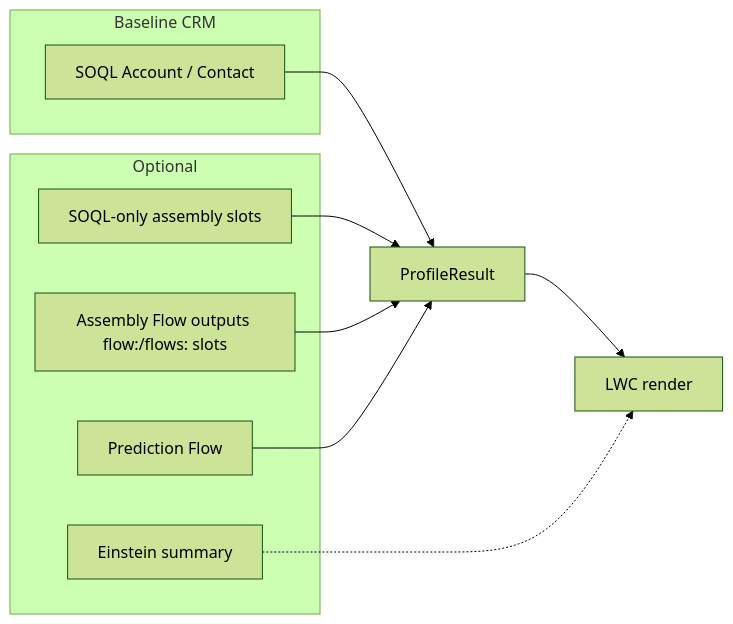
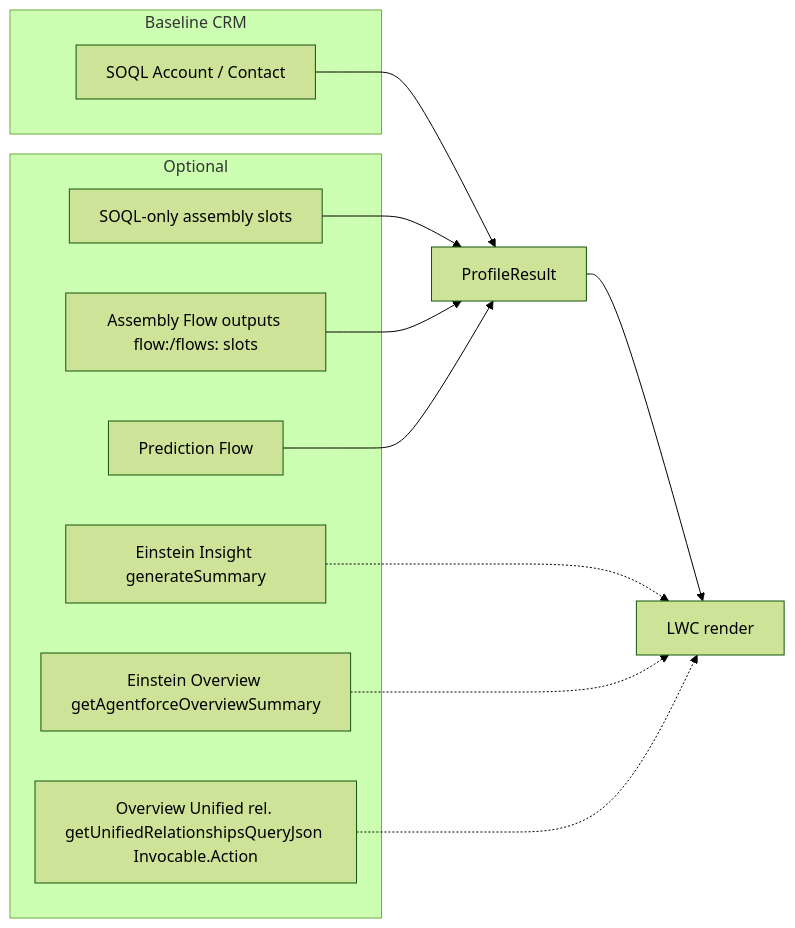
One commit to josers18/JDO changed the first of 7 diagrams in DC_PersonProfileWidget/docs/DIAGRAMS.md. Above: the diagram before and after it, drawn with Mermaid (forest theme). The commit also changed other lines of this file and 38 other files, not shown here.

````diff
--- a/DC_PersonProfileWidget/docs/DIAGRAMS.md
+++ b/DC_PersonProfileWidget/docs/DIAGRAMS.md
@@ -9,18 +9,22 @@
 ```mermaid
 flowchart LR
     subgraph Base["Baseline CRM"]
         S[SOQL Account / Contact]
     end
     subgraph Optional["Optional"]
         A[Assembly Flow outputs flow:/flows: slots]
         Q[SOQL-only assembly slots]
         P[Prediction Flow]
-        E[Einstein summary]
+        E1[Einstein Insight generateSummary]
+        E2[Einstein Overview getAgentforceOverviewSummary]
+        E3[Overview Unified rel. getUnifiedRelationshipsQueryJson Invocable.Action]
     end
     S --> M[ProfileResult]
     Q --> M
     A --> M
     P --> M
     M --> LWC[LWC render]
-    E -.-> LWC
+    E1 -.-> LWC
+    E2 -.-> LWC
+    E3 -.-> LWC
 ```
````
